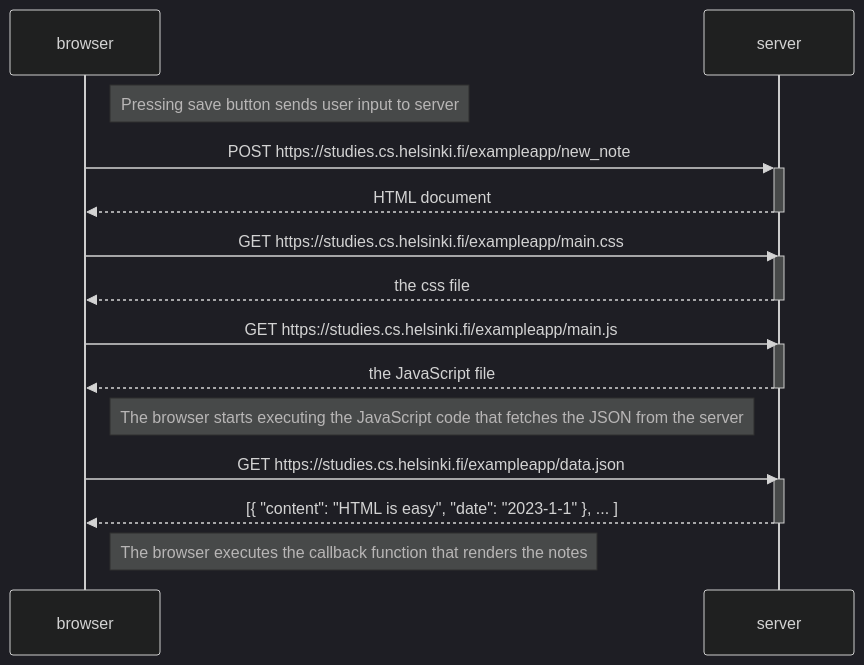
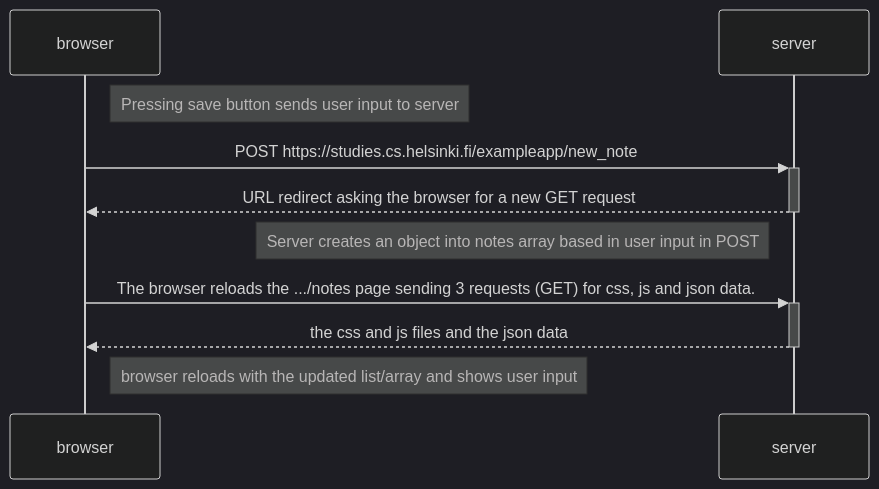
Before and after one commit to eadbo001/FullStackOpen: the diagram in Part0/NewNoteDiagram.md, drawn with Mermaid (dark theme).

````diff
--- a/Part0/NewNoteDiagram.md
+++ b/Part0/NewNoteDiagram.md
@@ -1,29 +1,16 @@
 ```mermaid
 sequenceDiagram
-    participant browser
-    participant server
     Note right of browser: Pressing save button sends user input to server
     browser->>+server: POST https://studies.cs.helsinki.fi/exampleapp/new_note
     
-    server-->>-browser: HTML document
+    server-->>-browser: URL redirect asking the browser for a new GET request
+    note left of server: Server creates an object into notes array based in user input in POST
+
+    browser->>+server: The browser reloads the .../notes page sending 3 requests (GET) for css, js and json data.
     
 
-    browser->>server: GET https://studies.cs.helsinki.fi/exampleapp/main.css
-    activate server
-    server-->>browser: the css file
-    deactivate server
+    server-->>-browser: the css and js files and the json data
+    note right of browser: browser reloads with the updated list/array and shows user input
 
-    browser->>server: GET https://studies.cs.helsinki.fi/exampleapp/main.js
-    activate server
-    server-->>browser: the JavaScript file
-    deactivate server
-
-    Note right of browser: The browser starts executing the JavaScript code that fetches the JSON from the server
-
-    browser->>server: GET https://studies.cs.helsinki.fi/exampleapp/data.json
-    activate server
-    server-->>browser: [{ "content": "HTML is easy", "date": "2023-1-1" }, ... ]
-    deactivate server
-
-    Note right of browser: The browser executes the callback function that renders the notes
+    
 ``` 
````
